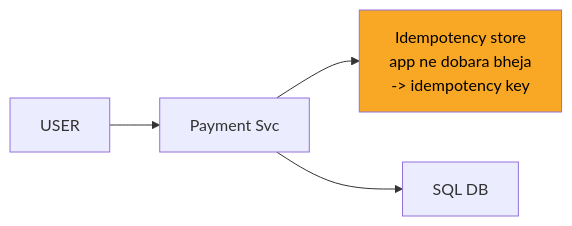
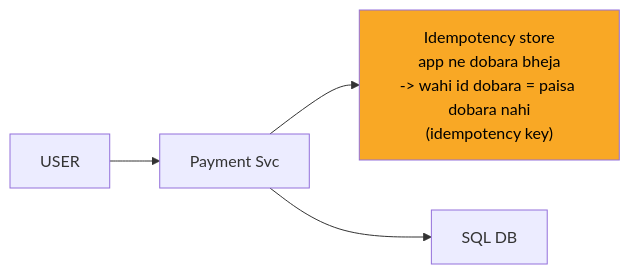
Before and after one commit to ArpanMaheshwari144/Prep: the fourth of 12 diagrams in 04_HLD/SYSTEM_DESIGNS/06_payment_system/06_payment_system.md, drawn with Mermaid. The commit also changed other lines of this file and 13 other files, not shown here.

````diff
--- a/04_HLD/SYSTEM_DESIGNS/06_payment_system/06_payment_system.md
+++ b/04_HLD/SYSTEM_DESIGNS/06_payment_system/06_payment_system.md
@@ -166,11 +166,11 @@
 ```mermaid
 flowchart LR
     n_USER["USER"]
     n_Payment_Svc["Payment Svc"]
-    n_Idempotency_store["Idempotency store<br/>app ne dobara bheja<br/>-> idempotency key"]
+    n_Idempotency_store["Idempotency store<br/>app ne dobara bheja<br/>-> wahi id dobara = paisa dobara nahi<br/>(idempotency key)"]
     n_DB["SQL DB"]
     n_USER --> n_Payment_Svc
     n_Payment_Svc --> n_Idempotency_store
     n_Payment_Svc --> n_DB
     style n_Idempotency_store fill:#f9a825,color:#000
 ```
````
